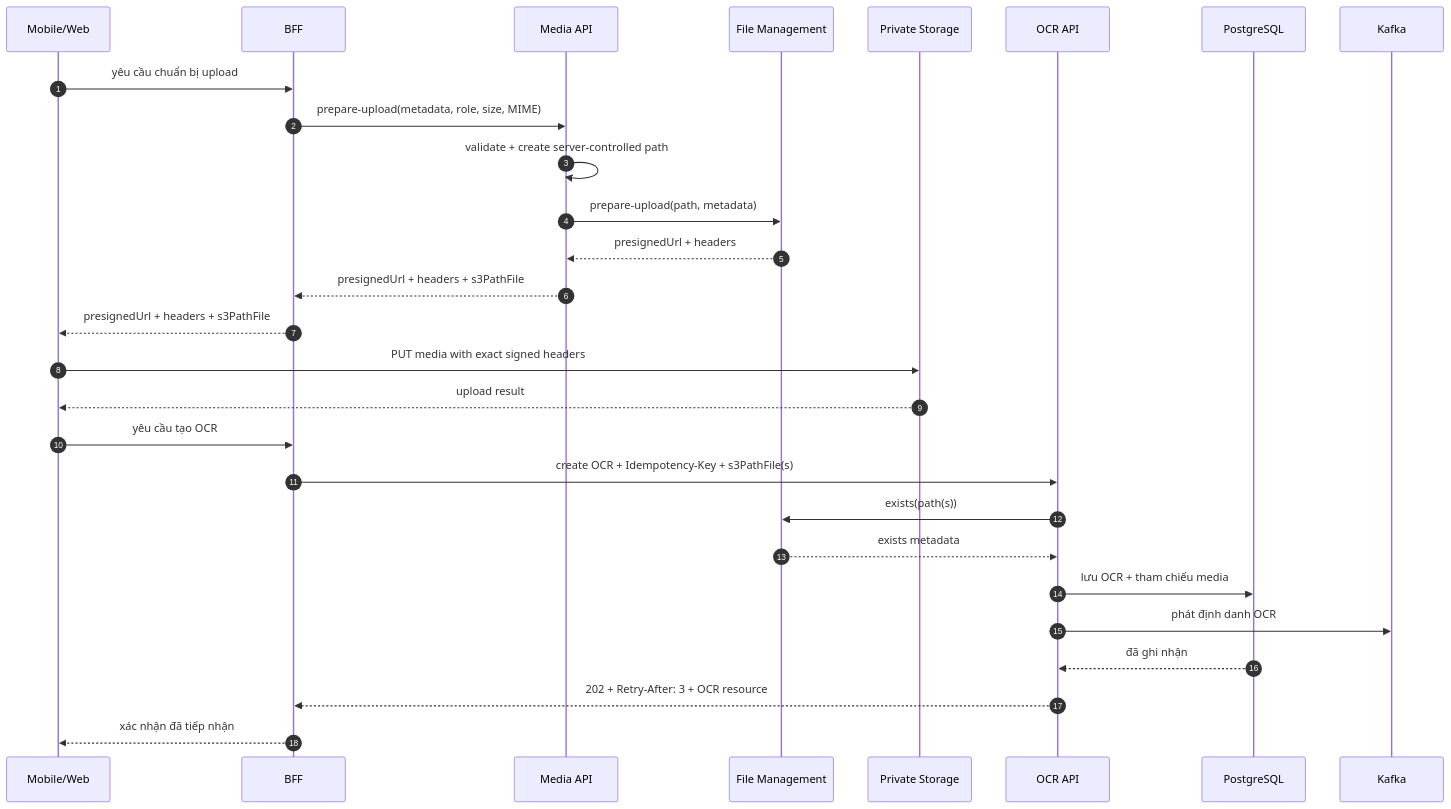
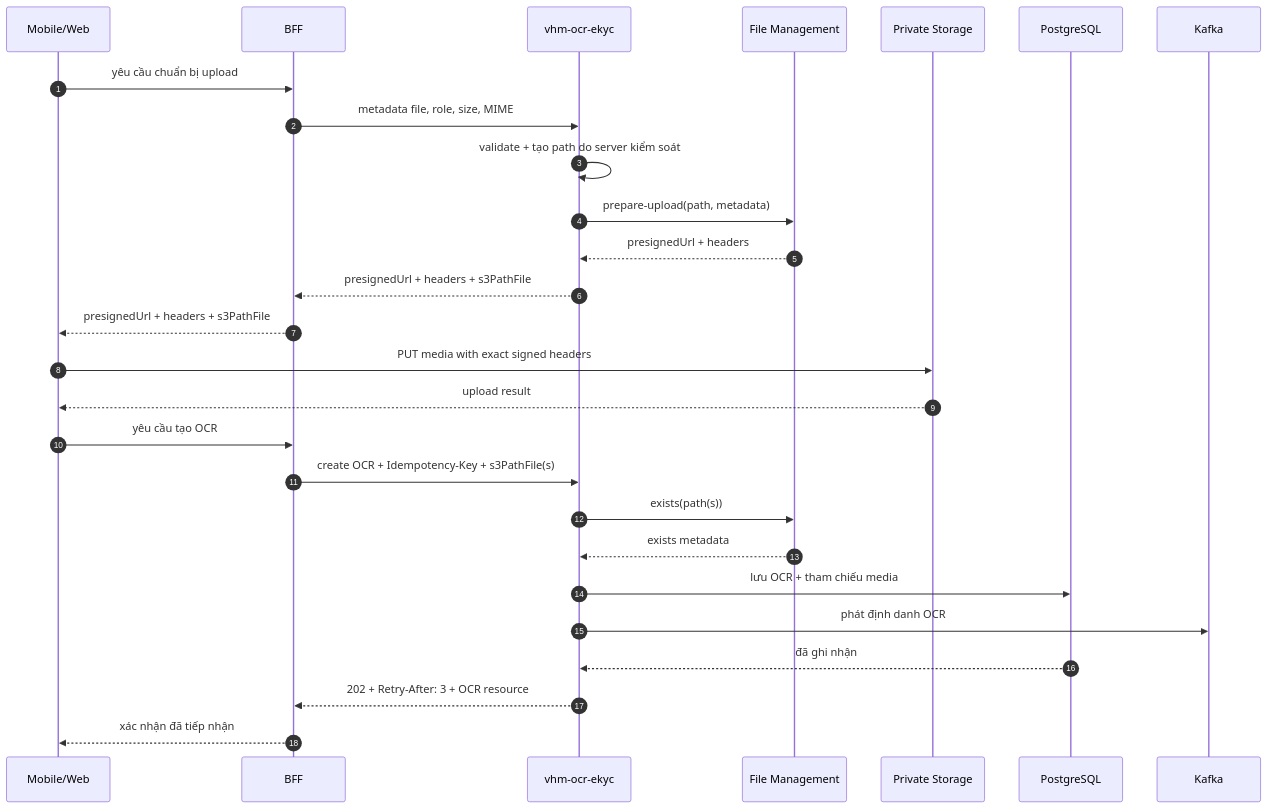
One commit to huynv-xyz/vhm changed the eighth of 12 diagrams in tdd-ocr-ekyc.md. Above: the diagram before and after it, drawn with Mermaid. The commit also changed other lines of this file, not shown here.

````diff
--- a/tdd-ocr-ekyc.md
+++ b/tdd-ocr-ekyc.md
@@ -866,31 +888,30 @@
 ```mermaid
 sequenceDiagram
     autonumber
     participant C as Mobile/Web
     participant B as BFF
-    participant M as Media API
+    participant A as vhm-ocr-ekyc
     participant F as File Management
     participant S as Private Storage
-    participant A as OCR API
     participant D as PostgreSQL
     participant K as Kafka
 
     C->>B: yêu cầu chuẩn bị upload
-    B->>M: prepare-upload(metadata, role, size, MIME)
-    M->>M: validate + create server-controlled path
-    M->>F: prepare-upload(path, metadata)
-    F-->>M: presignedUrl + headers
-    M-->>B: presignedUrl + headers + s3PathFile
+    B->>A: metadata file, role, size, MIME
+    A->>A: validate + tạo path do server kiểm soát
+    A->>F: prepare-upload(path, metadata)
+    F-->>A: presignedUrl + headers
+    A-->>B: presignedUrl + headers + s3PathFile
     B-->>C: presignedUrl + headers + s3PathFile
     C->>S: PUT media with exact signed headers
     S-->>C: upload result
     C->>B: yêu cầu tạo OCR
     B->>A: create OCR + Idempotency-Key + s3PathFile(s)
     A->>F: exists(path(s))
     F-->>A: exists metadata
     A->>D: lưu OCR + tham chiếu media
     A->>K: phát định danh OCR
     D-->>A: đã ghi nhận
     A-->>B: 202 + Retry-After: 3 + OCR resource
     B-->>C: xác nhận đã tiếp nhận
 ```
````
